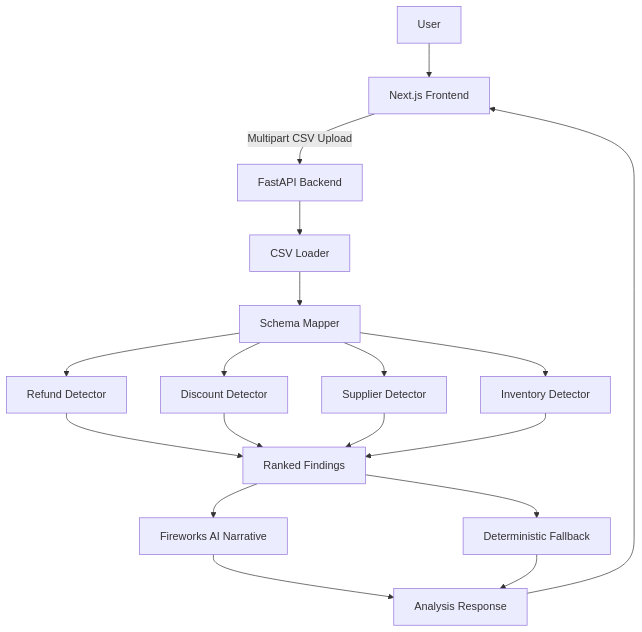
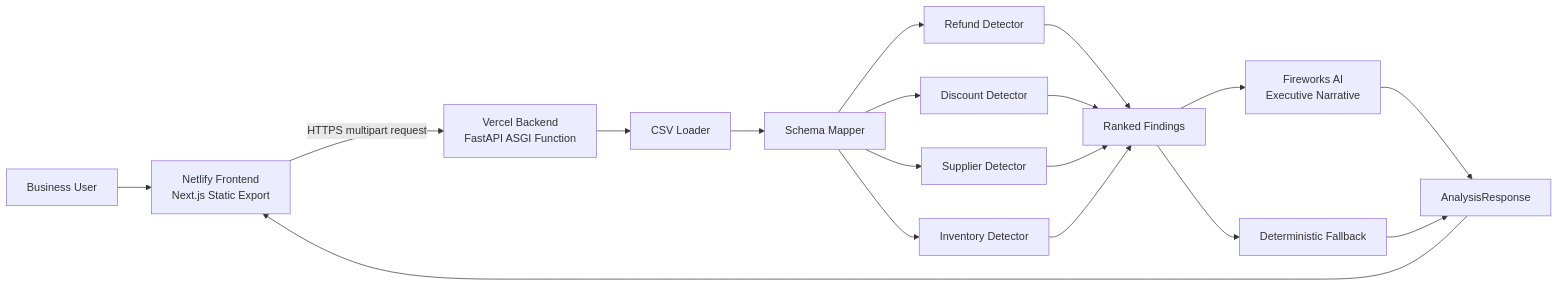
The diagram in README.md (1ehtishamtahir/leaklogic-ui), drawn with Mermaid before and after one commit. The commit also changed other lines of this file and 3 other files, not shown here.

````diff
--- a/README.md
+++ b/README.md
@@ -229,27 +208,27 @@
 ```mermaid
-flowchart TD
-    U[User] --> F[Next.js Frontend]
+flowchart LR
+    U[Business User] --> N[Netlify Frontend<br/>Next.js Static Export]
 
-    F -->|Multipart CSV Upload| A[FastAPI Backend]
+    N -->|HTTPS multipart request| V[Vercel Backend<br/>FastAPI ASGI Function]
 
-    A --> L[CSV Loader]
+    V --> L[CSV Loader]
     L --> M[Schema Mapper]
 
     M --> R[Refund Detector]
     M --> D[Discount Detector]
     M --> S[Supplier Detector]
     M --> I[Inventory Detector]
 
-    R --> P[Ranked Findings]
-    D --> P
-    S --> P
-    I --> P
+    R --> F[Ranked Findings]
+    D --> F
+    S --> F
+    I --> F
 
-    P --> N[Fireworks AI Narrative]
-    P --> B[Deterministic Fallback]
+    F --> FW[Fireworks AI<br/>Executive Narrative]
+    F --> FB[Deterministic Fallback]
 
-    N --> O[Analysis Response]
-    B --> O
+    FW --> API[AnalysisResponse]
+    FB --> API
 
-    O --> F
+    API --> N
 ```
````
